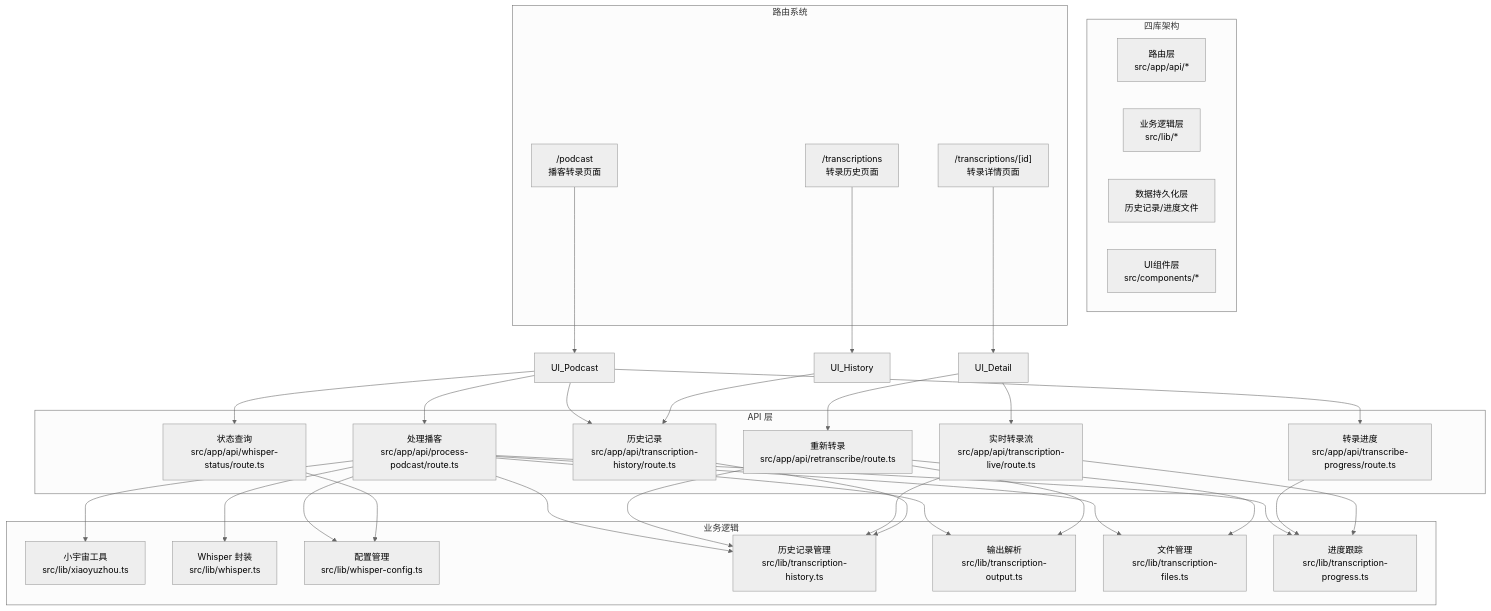
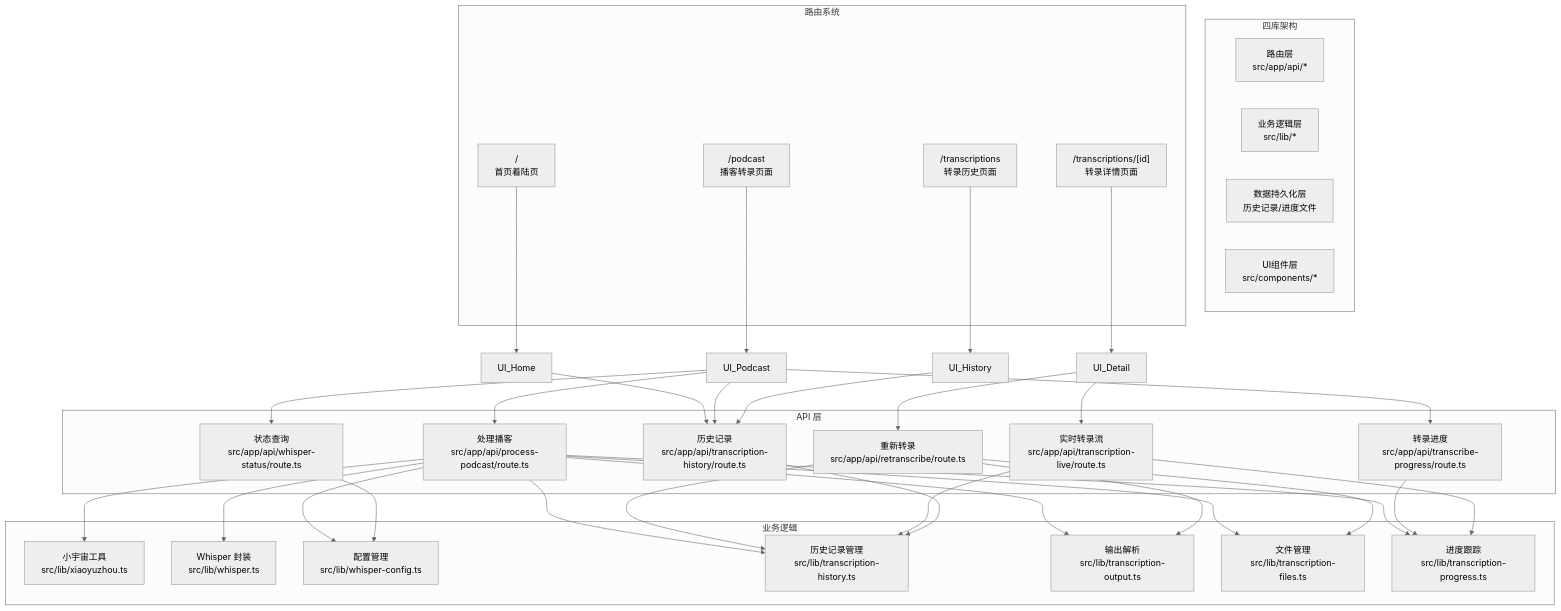
The first of 18 diagrams in .qoder/repowiki/zh/content/核心功能模块/播客转录功能.md (clawbotai/memo-flow), drawn with Mermaid (neutral theme) before and after one commit. The commit also changed other lines of this file and 14 other files, not shown here.

````diff
--- a/.qoder/repowiki/zh/content/核心功能模块/播客转录功能.md
+++ b/.qoder/repowiki/zh/content/核心功能模块/播客转录功能.md
@@ -65,56 +70,59 @@
 ```mermaid
 graph TB
 subgraph "四库架构"
 RouteLayer["路由层<br/>src/app/api/*"]
 BusinessLayer["业务逻辑层<br/>src/lib/*"]
 DataLayer["数据持久化层<br/>历史记录/进度文件"]
 UILayer["UI组件层<br/>src/components/*"]
 end
 subgraph "路由系统"
+HomeRoute["/ <br/>首页着陆页"]
 PodcastRoute["/podcast<br/>播客转录页面"]
 HistoryRoute["/transcriptions<br/>转录历史页面"]
 DetailRoute["/transcriptions/[id]<br/>转录详情页面"]
 end
 subgraph "业务逻辑"
 Lib_XYZ["小宇宙工具<br/>src/lib/xiaoyuzhou.ts"]
 Lib_Whisper["Whisper 封装<br/>src/lib/whisper.ts"]
 Lib_Config["配置管理<br/>src/lib/whisper-config.ts"]
 Lib_History["历史记录管理<br/>src/lib/transcription-history.ts"]
 Lib_Output["输出解析<br/>src/lib/transcription-output.ts"]
 Lib_Files["文件管理<br/>src/lib/transcription-files.ts"]
 Lib_Progress["进度跟踪<br/>src/lib/transcription-progress.ts"]
 end
 subgraph "API 层"
 API_Process["处理播客<br/>src/app/api/process-podcast/route.ts"]
 API_Retranscribe["重新转录<br/>src/app/api/retranscribe/route.ts"]
 API_Progress["转录进度<br/>src/app/api/transcribe-progress/route.ts"]
 API_Live["实时转录流<br/>src/app/api/transcription-live/route.ts"]
 API_Status["状态查询<br/>src/app/api/whisper-status/route.ts"]
 API_History["历史记录<br/>src/app/api/transcription-history/route.ts"]
 end
+HomeRoute --> UI_Home
 PodcastRoute --> UI_Podcast
 HistoryRoute --> UI_History
 DetailRoute --> UI_Detail
+UI_Home --> API_History
 UI_Podcast --> API_Process
 UI_Podcast --> API_Progress
 UI_Podcast --> API_Status
 UI_Podcast --> API_History
 UI_Detail --> API_Live
 UI_Detail --> API_Retranscribe
 UI_History --> API_History
 API_Process --> Lib_XYZ
 API_Process --> Lib_Whisper
 API_Process --> Lib_Config
 API_Process --> Lib_History
 API_Process --> Lib_Output
 API_Process --> Lib_Files
 API_Process --> Lib_Progress
 API_Retranscribe --> Lib_History
 API_Retranscribe --> Lib_Output
 API_Retranscribe --> Lib_Files
 API_Progress --> Lib_Progress
 API_Live --> Lib_History
 API_Live --> Lib_Progress
 API_Status --> Lib_Config
 API_History --> Lib_History
 ```
````
